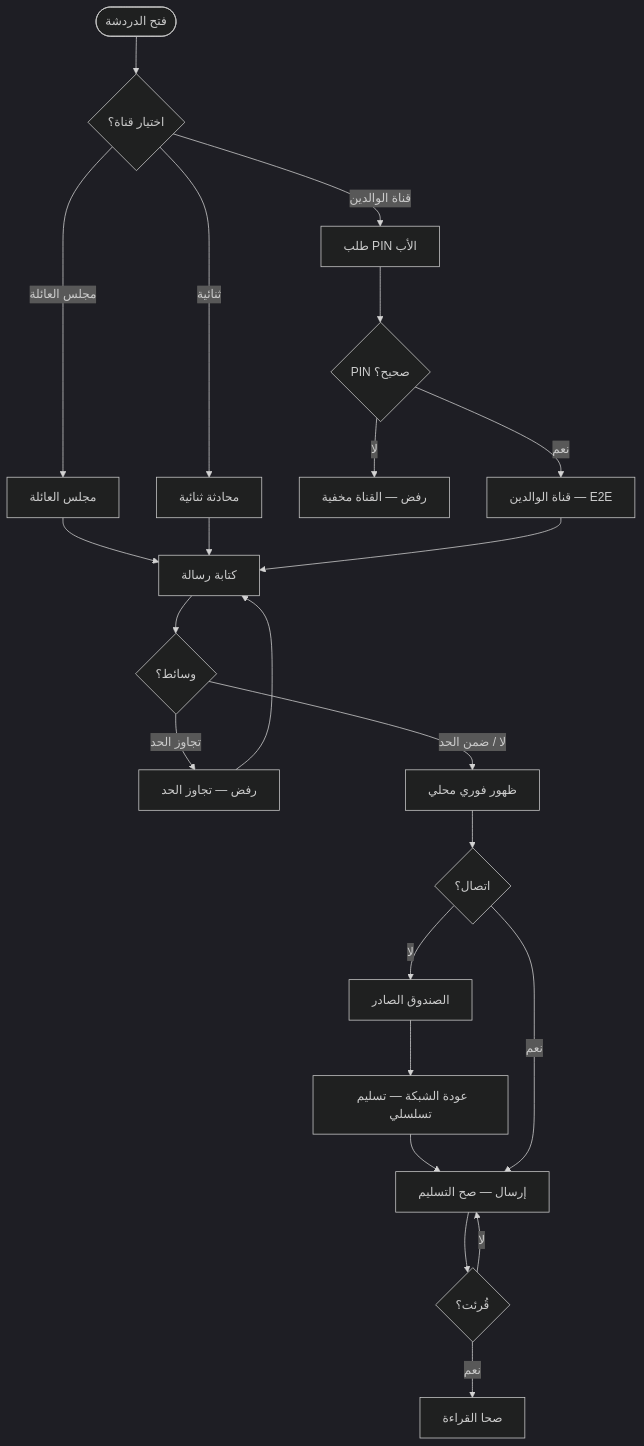
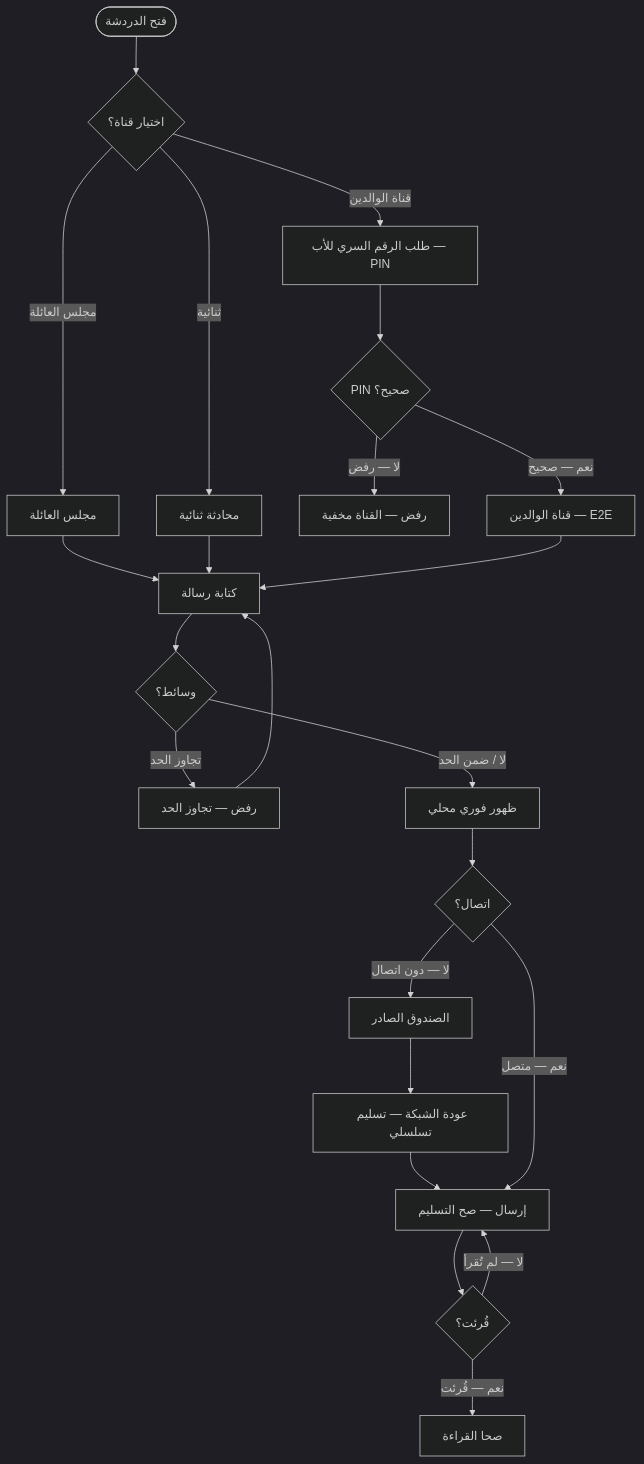
Before and after one commit to Bassam-mohammed-alqaeadi/family-os-v2: diagram 15 of 27 in docs/family-os/governance/phases/phase-1/S1-08-chat-basic/DIAGRAMS.md, drawn with Mermaid (dark theme). The commit also changed other lines of this file, not shown here.

````diff
--- a/docs/family-os/governance/phases/phase-1/S1-08-chat-basic/DIAGRAMS.md
+++ b/docs/family-os/governance/phases/phase-1/S1-08-chat-basic/DIAGRAMS.md
@@ -493,25 +634,25 @@
 ```mermaid
 flowchart TD
     Start([فتح الدردشة]) --> Pick{اختيار قناة؟}
     Pick -->|مجلس العائلة| Lounge[مجلس العائلة]
-    Pick -->|قناة الوالدين| Pin[طلب PIN الأب]
+    Pick -->|قناة الوالدين| Pin[طلب الرقم السري للأب — PIN]
     Pick -->|ثنائية| Direct[محادثة ثنائية]
     Pin --> PinOK{PIN صحيح؟}
-    PinOK -->|لا| Deny[رفض — القناة مخفية]
-    PinOK -->|نعم| E2E[قناة الوالدين — E2E]
+    PinOK -->|لا — رفض| Deny[رفض — القناة مخفية]
+    PinOK -->|نعم — صحيح| E2E[قناة الوالدين — E2E]
     Lounge --> Write[كتابة رسالة]
     Direct --> Write
     E2E --> Write
     Write --> Media{وسائط؟}
     Media -->|تجاوز الحد| TooBig[رفض — تجاوز الحد]
     Media -->|لا / ضمن الحد| Show[ظهور فوري محلي]
     TooBig --> Write
     Show --> Conn{اتصال؟}
-    Conn -->|لا| Outbox[الصندوق الصادر]
+    Conn -->|لا — دون اتصال| Outbox[الصندوق الصادر]
     Outbox --> Back[عودة الشبكة — تسليم تسلسلي]
     Back --> Sent
-    Conn -->|نعم| Sent[إرسال — صح التسليم]
+    Conn -->|نعم — متصل| Sent[إرسال — صح التسليم]
     Sent --> Read{قُرئت؟}
-    Read -->|نعم| ReadOK[صحا القراءة]
-    Read -->|لا| Sent
+    Read -->|نعم — قُرئت| ReadOK[صحا القراءة]
+    Read -->|لا — لم تُقرأ| Sent
 ```
````
